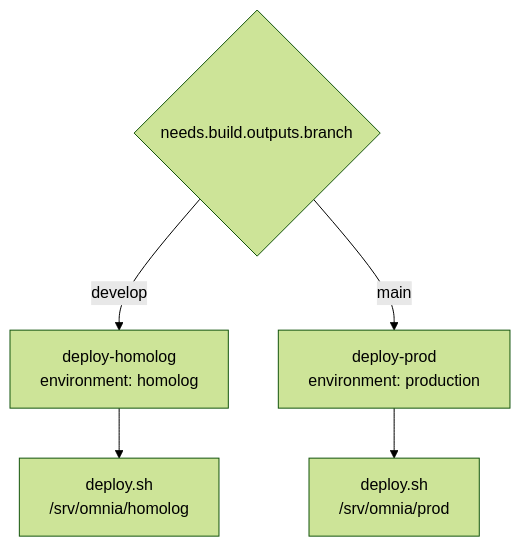
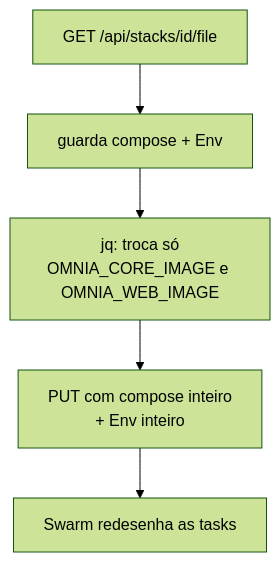
Before and after one commit to healthdevio/projeto-itia-dois: the third of 3 diagrams in docs/ci_cd/visao-geral.md, drawn with Mermaid (forest theme). The commit also changed other lines of this file and 10 other files, not shown here.

````diff
--- a/docs/ci_cd/visao-geral.md
+++ b/docs/ci_cd/visao-geral.md
@@ -90,10 +80,7 @@
 ```mermaid
 flowchart TD
-    X{needs.build.outputs.branch}
-
-    X -->|develop| S1[deploy-homolog<br/>environment: homolog]
-    X -->|main| S2[deploy-prod<br/>environment: production]
-
-    S1 --> D1[deploy.sh<br/>/srv/omnia/homolog]
-    S2 --> D2[deploy.sh<br/>/srv/omnia/prod]
+    G[GET /api/stacks/id/file] --> S[guarda compose + Env]
+    S --> J[jq: troca só<br/>OMNIA_CORE_IMAGE e OMNIA_WEB_IMAGE]
+    J --> P[PUT com compose inteiro<br/>+ Env inteiro]
+    P --> W[Swarm redesenha as tasks]
 ```
````
